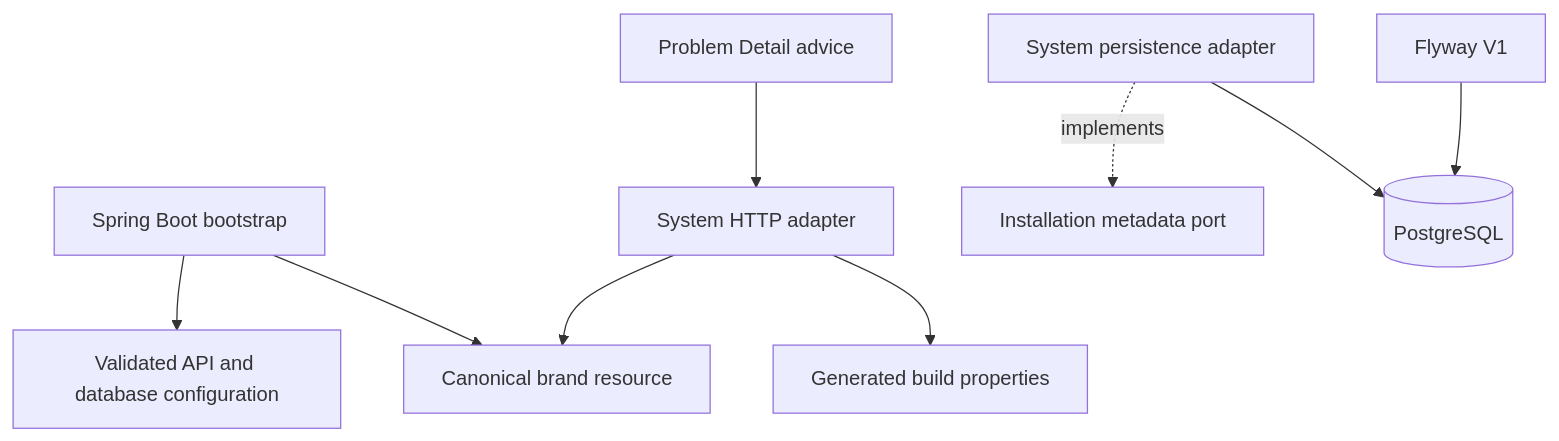
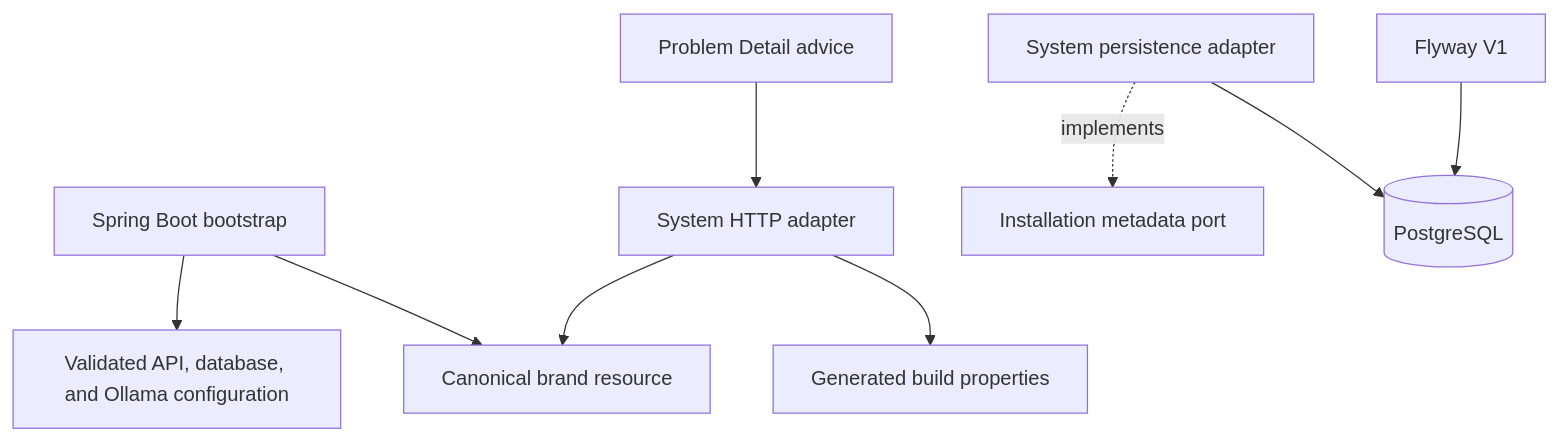
One commit to kereszteszsolt/nook-forge-ai changed the first of 5 diagrams in docs/architecture.md. Above: the diagram before and after it, drawn with Mermaid. The commit also changed other lines of this file and 26 other files, not shown here.

````diff
--- a/docs/architecture.md
+++ b/docs/architecture.md
@@ -7,11 +7,11 @@
 ```mermaid
 flowchart TB
-    BOOT[Spring Boot bootstrap] --> CONFIG[Validated API and database configuration]
+    BOOT[Spring Boot bootstrap] --> CONFIG[Validated API, database, and Ollama configuration]
     BOOT --> BRAND[Canonical brand resource]
     HTTP[System HTTP adapter] --> BRAND
     HTTP --> BUILD[Generated build properties]
     ERRORS[Problem Detail advice] --> HTTP
     PERSIST[System persistence adapter] -. implements .-> STORE[Installation metadata port]
     PERSIST --> DB[(PostgreSQL)]
     FLYWAY[Flyway V1] --> DB
 ```
````
